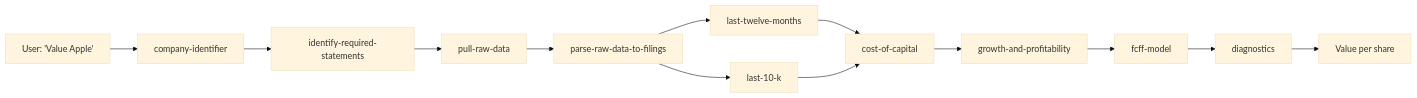
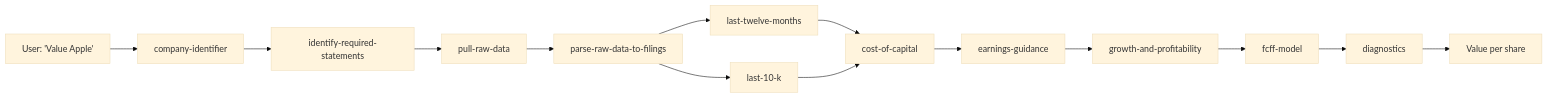
Before and after one commit to craigdsouza/valuation101: the diagram in docs/introduction.mdx, drawn with Mermaid (base theme). The commit also changed other lines of this file and 34 other files, not shown here.

````diff
--- a/docs/introduction.mdx
+++ b/docs/introduction.mdx
@@ -33,15 +33,16 @@
 ```mermaid
 graph LR
     A[User: 'Value Apple'] --> B[company-identifier]
     B --> C[identify-required-statements]
     C --> D[pull-raw-data]
     D --> E[parse-raw-data-to-filings]
     E --> F[last-twelve-months]
     E --> G[last-10-k]
     F --> H[cost-of-capital]
     G --> H
-    H --> I[growth-and-profitability]
+    H --> EG[earnings-guidance]
+    EG --> I[growth-and-profitability]
     I --> J[fcff-model]
     J --> K[diagnostics]
     K --> L[Value per share]
 ```
````
